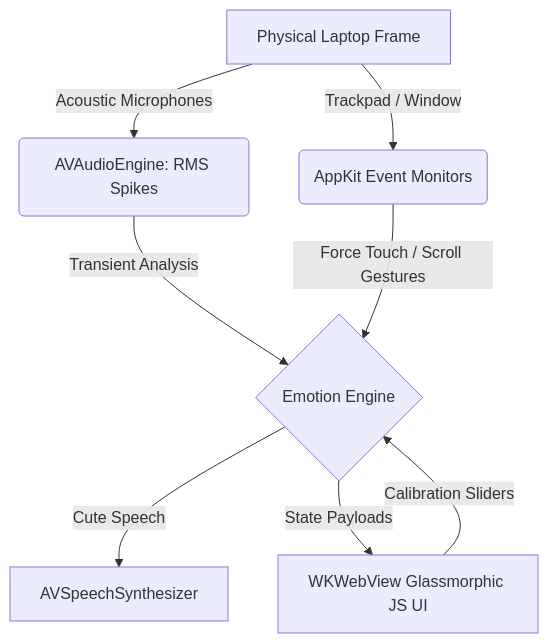
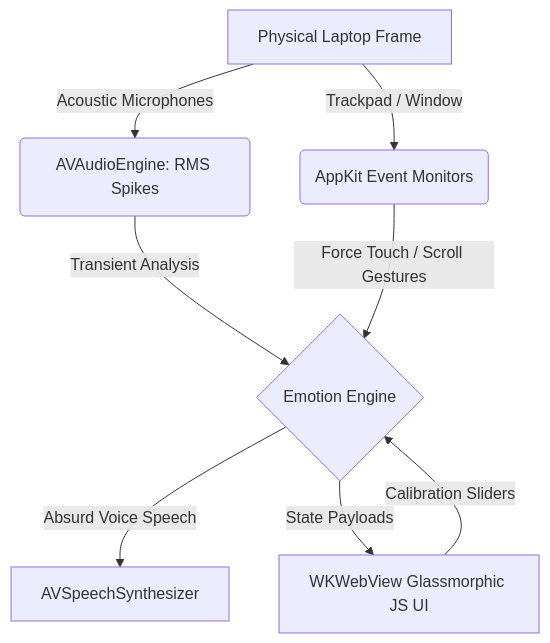
The diagram in README.md (kateLint/kickmycomputer), drawn with Mermaid before and after one commit. The commit also changed other lines of this file, not shown here.

````diff
--- a/README.md
+++ b/README.md
@@ -46,13 +63,13 @@
 ```mermaid
 graph TD
     A[Physical Laptop Frame] -->|Acoustic Microphones| B(AVAudioEngine: RMS Spikes)
     A -->|Trackpad / Window| C(AppKit Event Monitors)
     
     B -->|Transient Analysis| D{Emotion Engine}
     C -->|Force Touch / Scroll Gestures| D
     
-    D -->|Cute Speech| E[AVSpeechSynthesizer]
+    D -->|Absurd Voice Speech| E[AVSpeechSynthesizer]
     D -->|State Payloads| F[WKWebView Glassmorphic JS UI]
     
     F -->|Calibration Sliders| D
 ```
````
